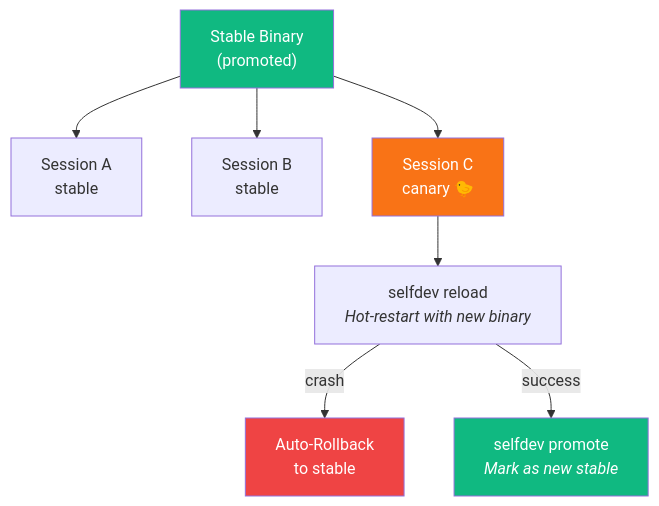
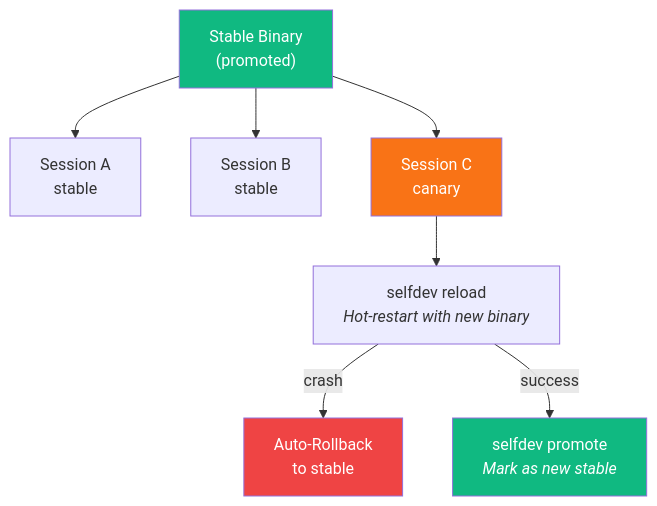
Before and after one commit to zipadoodlez/kcode: the eighth of 9 diagrams in README.md, drawn with Mermaid. The commit also changed other lines of this file, not shown here.

````diff
--- a/README.md
+++ b/README.md
@@ -459,17 +459,17 @@
 ```mermaid
 graph TB
     Stable["Stable Binary<br>(promoted)"]
 
     Stable --> A["Session A<br>stable"]
     Stable --> B["Session B<br>stable"]
-    Stable --> C["Session C<br>canary 🐤"]
+    Stable --> C["Session C<br>canary"]
 
     C --> Reload["selfdev reload<br><i>Hot-restart with new binary</i>"]
     Reload -->|"crash"| Rollback["Auto-Rollback<br>to stable"]
     Reload -->|"success"| Promote["selfdev promote<br><i>Mark as new stable</i>"]
 
     style Stable fill:#10b981,color:#fff
     style C fill:#f97316,color:#fff
     style Rollback fill:#ef4444,color:#fff
     style Promote fill:#10b981,color:#fff
 ```
````
